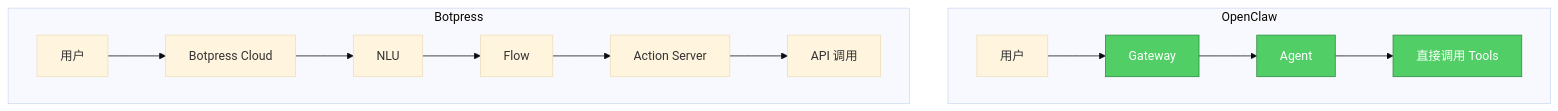
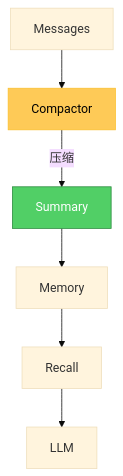
One commit to FreezeSoul/freezesoul.github.com changed the seventh of 9 diagrams in _posts/2026-03-01-openclaw-agent-gateway.md. Above: the diagram before and after it, drawn with Mermaid (base theme). The commit also changed other lines of this file, not shown here.

Commit message:
feat: 重写 OpenClaw 架构文章（Agent 核心 + B/C 端对比）

````diff
--- a/_posts/2026-03-01-openclaw-agent-gateway.md
+++ b/_posts/2026-03-01-openclaw-agent-gateway.md
@@ -478,20 +352,12 @@
 ```mermaid
 graph TD
-    subgraph OpenClaw
-        A1[用户] --> A2[Gateway]
-        A2 --> A3[Agent]
-        A3 --> A4[直接调用 Tools]
-    end
+    M[Messages] --> C[Compactor]
+    C -->|压缩| S[Summary]
+    S --> Mem[Memory]
+    Mem --> R[Recall]
     
-    subgraph Botpress
-        B1[用户] --> B2[Botpress Cloud]
-        B2 --> B3[NLU]
-        B3 --> B4[Flow]
-        B4 --> B5[Action Server]
-        B5 --> B6[API 调用]
-    end
+    R --> LLM
     
-    style A2 fill:#51cf66,stroke:#2b8a3e,color:#fff
-    style A3 fill:#51cf66,stroke:#2b8a3e,color:#fff
-    style A4 fill:#51cf66,stroke:#2b8a3e,color:#fff
+    style C fill:#feca57,stroke:#fbc02d,color:#000
+    style S fill:#51cf66,stroke:#2b8a3e,color:#fff
 ```
````
